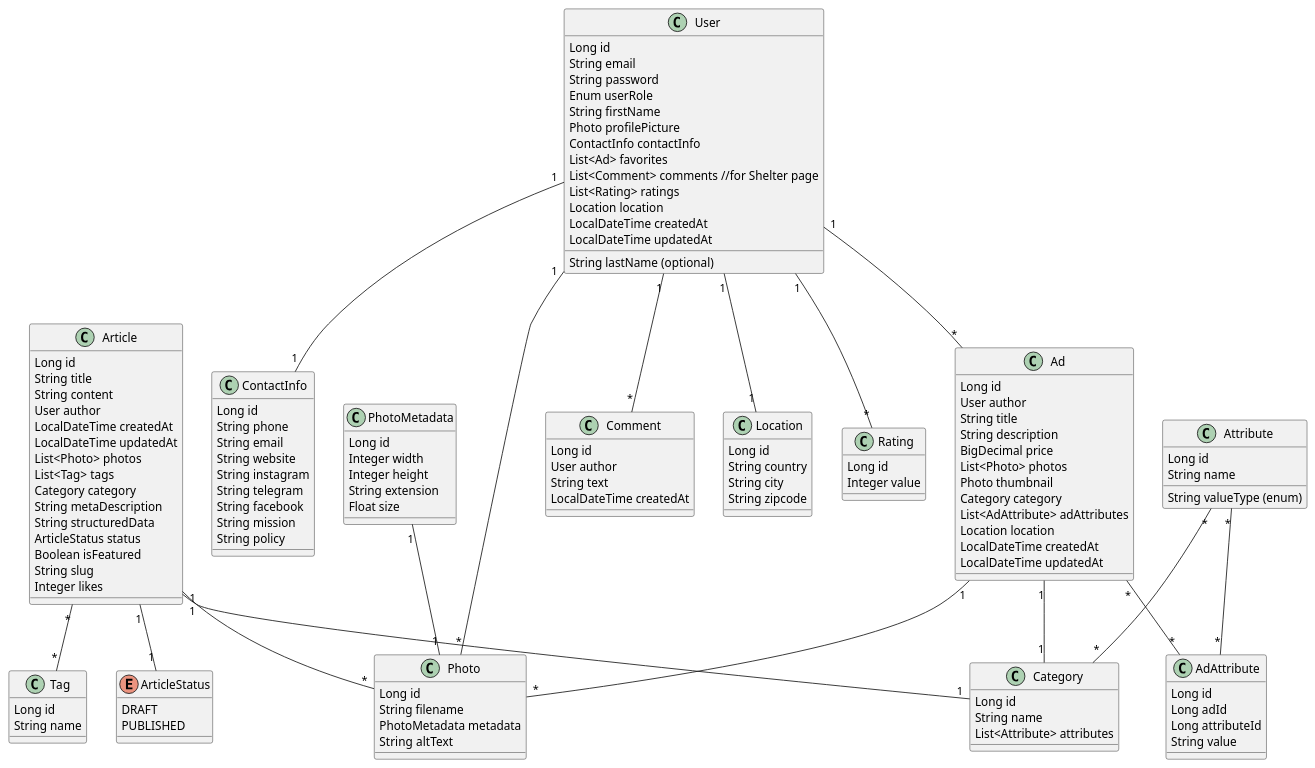
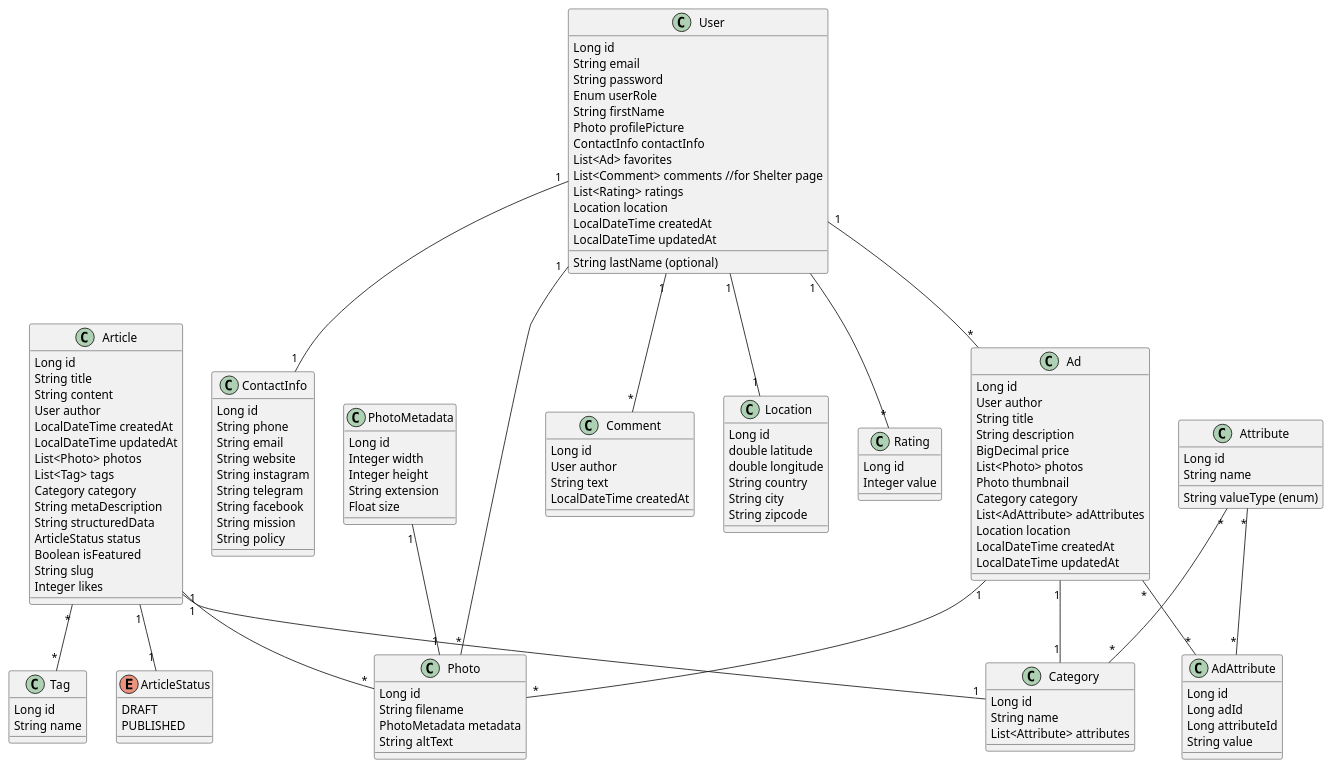
The diagram in docs/news-feature/article-class-diagram/article-class-diagram.puml (OleksandrProkopenkoDev/marketplace), drawn with PlantUML before and after one commit. The commit also changed 13 other files, not shown here.

```diff
--- a/docs/news-feature/article-class-diagram/article-class-diagram.puml
+++ b/docs/news-feature/article-class-diagram/article-class-diagram.puml
@@ -1,145 +1,147 @@
 @startuml
 
 enum ArticleStatus {
   DRAFT
   PUBLISHED
 }
 
 class Article {
   Long id
   String title
   String content
   User author
   LocalDateTime createdAt
   LocalDateTime updatedAt
   List<Photo> photos
   List<Tag> tags
   Category category
   String metaDescription
   String structuredData
   ArticleStatus status
   Boolean isFeatured
   String slug
   Integer likes
 }
 
 class Comment {
   Long id
   User author
   String text
   LocalDateTime createdAt
 }
 
 class Location {
   Long id
+  double latitude
+  double longitude
   String country
   String city
   String zipcode
 }
 
 class User {
   Long id
   String email
   String password
   Enum userRole
   String firstName
   String lastName (optional)
   Photo profilePicture
   ContactInfo contactInfo
   List<Ad> favorites
   List<Comment> comments //for Shelter page
   List<Rating> ratings
   Location location
   LocalDateTime createdAt
   LocalDateTime updatedAt
 }
 
 class Rating{
   Long id
   Integer value
 }
 
 class ContactInfo {
   Long id
   String phone
   String email
   String website
   String instagram
   String telegram
   String facebook
   String mission
   String policy
 }
 
 class Ad {
   Long id
   User author
   String title
   String description
   BigDecimal price
   List<Photo> photos
   Photo thumbnail
   Category category
   List<AdAttribute> adAttributes
   Location location
   LocalDateTime createdAt
   LocalDateTime updatedAt
 }
 
 class Attribute {
   Long id
   String name
   String valueType (enum)
 }
 
 class Category {
   Long id
   String name
   List<Attribute> attributes
 }
 
 class Photo {
   Long id
   String filename
   PhotoMetadata metadata
   String altText
 }
 
 class PhotoMetadata {
   Long id
   Integer width
   Integer height
   String extension
   Float size
 }
 
 class AdAttribute {
   Long id
   Long adId
   Long attributeId
   String value
 }
 
 class Tag {
   Long id
   String name
 }
 
 Article "1" -- "*" Photo
 Article "*" -- "*" Tag
 Article "1" -- "1" Category
 Article "1" -- "1" ArticleStatus
 Ad "1" -- "*" Photo
 Ad "1" -- "1" Category
 User "1" -- "*" Ad
 User "1" -- "1" Location
 User "1" -- "*" Comment
 User "1" -- "*" Rating
 PhotoMetadata "1" -- "1" Photo
 User "1" -- "*" Photo
 Attribute "*" -- "*" Category
 User "1" -- "1" ContactInfo
 Ad "*" -- "*" AdAttribute
 Attribute "*" -- "*" AdAttribute
 
 @enduml
```
